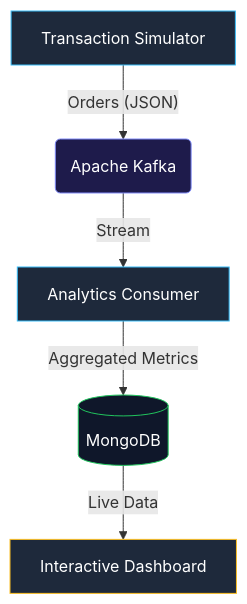
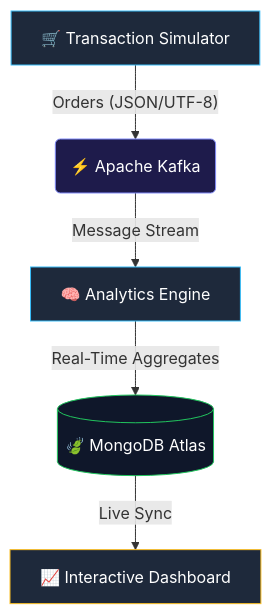
One commit to Veerendra20/Real-time-ecommerce-analytics-pipeline changed the diagram in README.md. Above: the diagram before and after it, drawn with Mermaid. The commit also changed other lines of this file and 4 other files, not shown here.

Commit message:
Enforce strict MongoDB Atlas architecture and cloud-native stability

````diff
--- a/README.md
+++ b/README.md
@@ -11,13 +17,13 @@
 ```mermaid
 graph TD
-    A[Transaction Simulator] -- "Orders (JSON)" --> B(Apache Kafka)
-    B -- "Stream" --> C[Analytics Consumer]
-    C -- "Aggregated Metrics" --> D[(MongoDB)]
-    D -- "Live Data" --> E[Interactive Dashboard]
+    A[🛒 Transaction Simulator] -- "Orders (JSON/UTF-8)" --> B(⚡ Apache Kafka)
+    B -- "Message Stream" --> C[🧠 Analytics Engine]
+    C -- "Real-Time Aggregates" --> D[(🍃 MongoDB Atlas)]
+    D -- "Live Sync" --> E[📈 Interactive Dashboard]
     
     style A fill:#1e293b,stroke:#38bdf8,color:#fff
     style B fill:#1e1b4b,stroke:#818cf8,color:#fff
     style C fill:#1e293b,stroke:#38bdf8,color:#fff
     style D fill:#0f172a,stroke:#22c55e,color:#fff
     style E fill:#1e293b,stroke:#fbbf24,color:#fff
 ```
````
